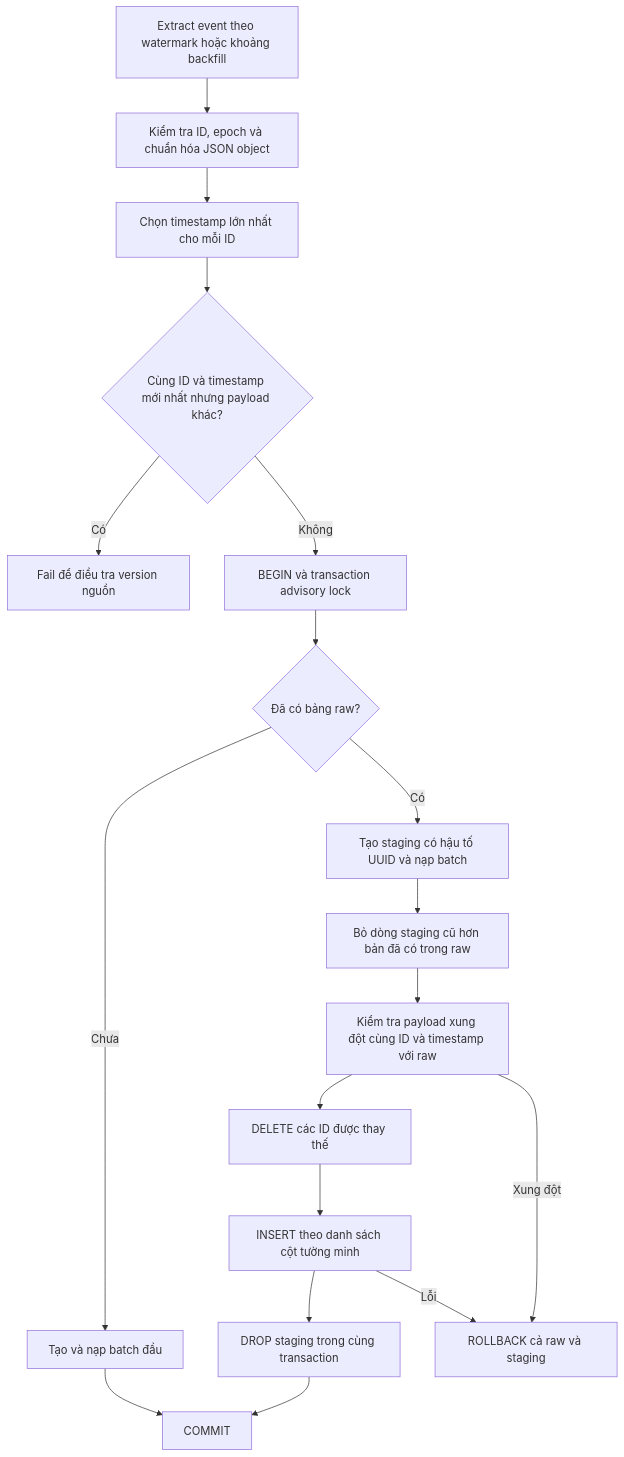
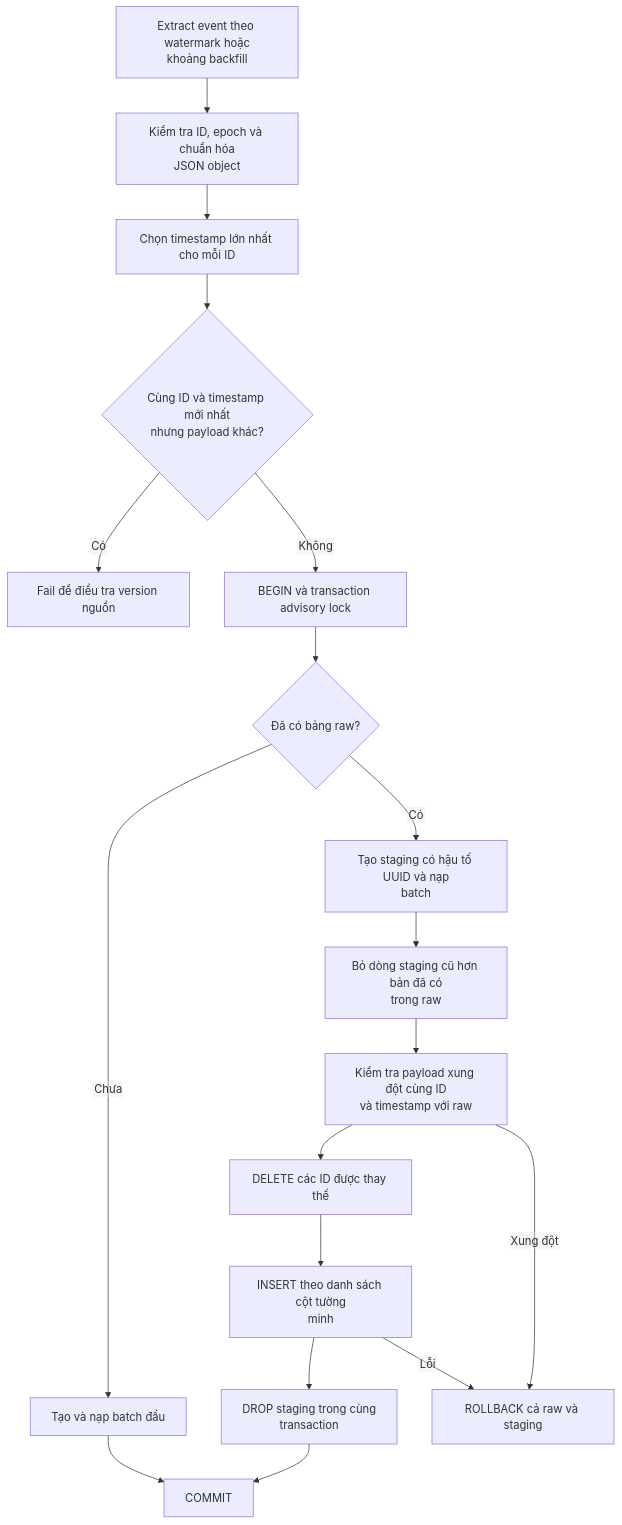
Before and after one commit to PhucTruong11/laplaptech_pipeline: the third of 7 diagrams in docs/architecture/data_flow.md, drawn with Mermaid. The commit also changed other lines of this file and 60 other files, not shown here.

````diff
--- a/docs/architecture/data_flow.md
+++ b/docs/architecture/data_flow.md
@@ -101,20 +81,21 @@
 ```mermaid
+%%{init: {"flowchart": {"htmlLabels": false}}}%%
 flowchart TD
-    E["Extract event theo watermark hoặc khoảng backfill"] --> P["Kiểm tra ID, epoch và chuẩn hóa JSON object"]
+    E["Extract event theo watermark hoặc<br/>khoảng backfill"] --> P["Kiểm tra ID, epoch và chuẩn hóa<br/>JSON object"]
     P --> D["Chọn timestamp lớn nhất cho mỗi ID"]
-    D --> X{"Cùng ID và timestamp mới nhất nhưng payload khác?"}
+    D --> X{"Cùng ID và timestamp mới nhất<br/>nhưng payload khác?"}
     X -->|"Có"| BAD["Fail để điều tra version nguồn"]
     X -->|"Không"| TX["BEGIN và transaction advisory lock"]
     TX --> EXISTS{"Đã có bảng raw?"}
     EXISTS -->|"Chưa"| FIRST["Tạo và nạp batch đầu"]
-    EXISTS -->|"Có"| STG["Tạo staging có hậu tố UUID và nạp batch"]
-    STG --> OLD["Bỏ dòng staging cũ hơn bản đã có trong raw"]
-    OLD --> CONFLICT["Kiểm tra payload xung đột cùng ID và timestamp với raw"]
+    EXISTS -->|"Có"| STG["Tạo staging có hậu tố UUID và nạp<br/>batch"]
+    STG --> OLD["Bỏ dòng staging cũ hơn bản đã có<br/>trong raw"]
+    OLD --> CONFLICT["Kiểm tra payload xung đột cùng ID<br/>và timestamp với raw"]
     CONFLICT --> DEL["DELETE các ID được thay thế"]
-    DEL --> INS["INSERT theo danh sách cột tường minh"]
-    INS --> DROP["DROP staging trong cùng transaction"]
+    DEL --> INS["INSERT theo danh sách cột tường<br/>minh"]
+    INS --> DROP["DROP staging trong cùng<br/>transaction"]
     FIRST --> COMMIT["COMMIT"]
     DROP --> COMMIT
     CONFLICT -->|"Xung đột"| RB["ROLLBACK cả raw và staging"]
     INS -->|"Lỗi"| RB
 ```
````
